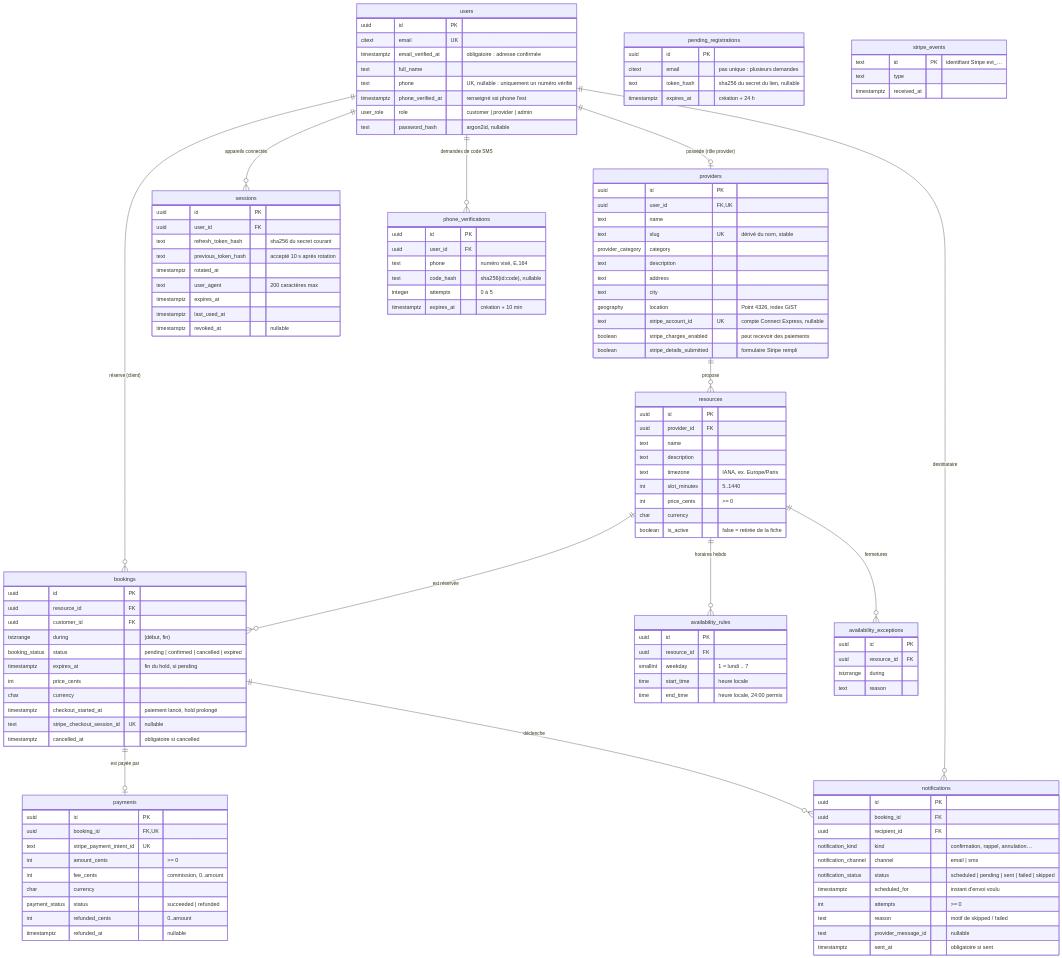
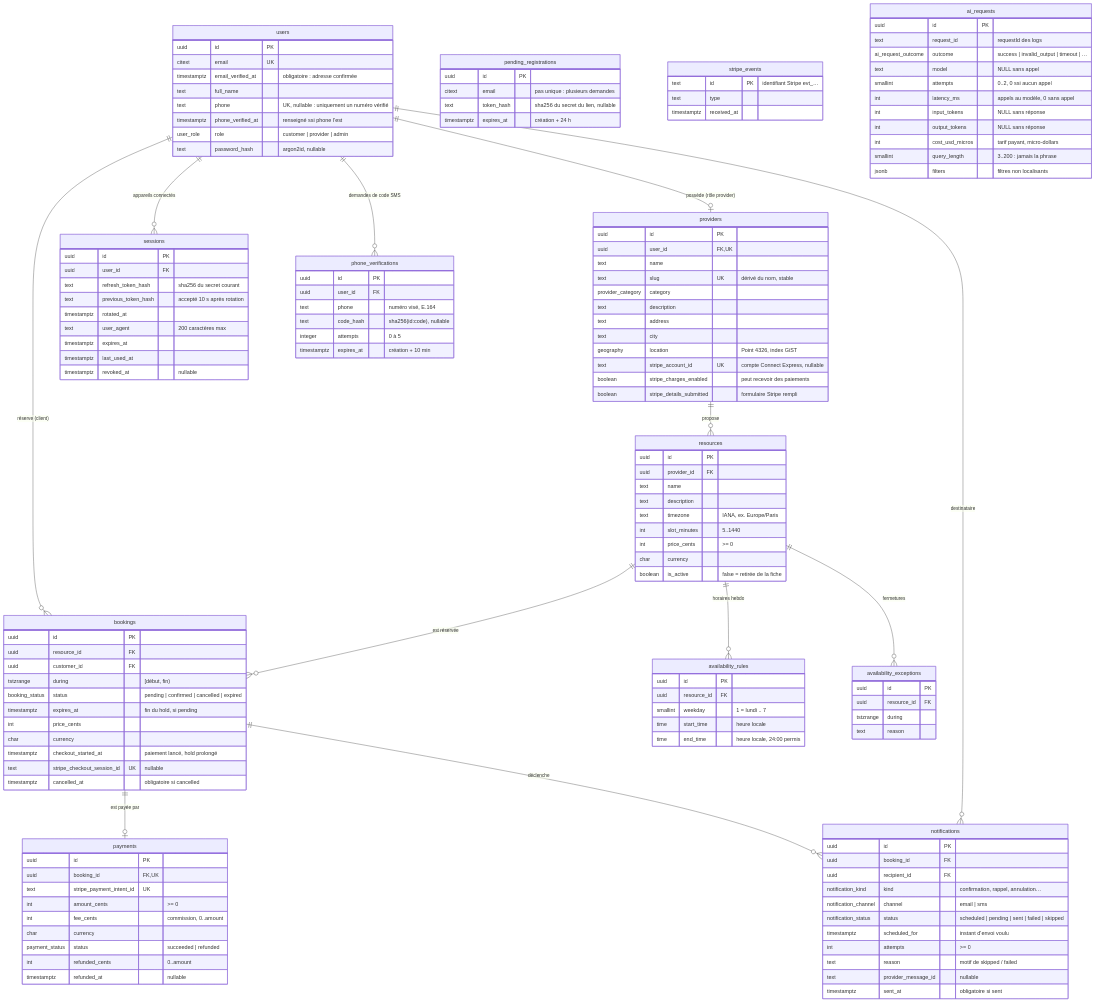
Before and after one commit to KasselFelix/Creno: the diagram in docs/schema.md, drawn with Mermaid. The commit also changed other lines of this file and 15 other files, not shown here.

````diff
--- a/docs/schema.md
+++ b/docs/schema.md
@@ -131,4 +131,17 @@
     text provider_message_id "nullable"
     timestamptz sent_at "obligatoire si sent"
   }
+  ai_requests {
+    uuid id PK
+    text request_id "requestId des logs"
+    ai_request_outcome outcome "success | invalid_output | timeout | …"
+    text model "NULL sans appel"
+    smallint attempts "0..2, 0 ssi aucun appel"
+    int latency_ms "appels au modèle, 0 sans appel"
+    int input_tokens "NULL sans réponse"
+    int output_tokens "NULL sans réponse"
+    int cost_usd_micros "tarif payant, micro-dollars"
+    smallint query_length "3..200 : jamais la phrase"
+    jsonb filters "filtres non localisants"
+  }
 ```
````
